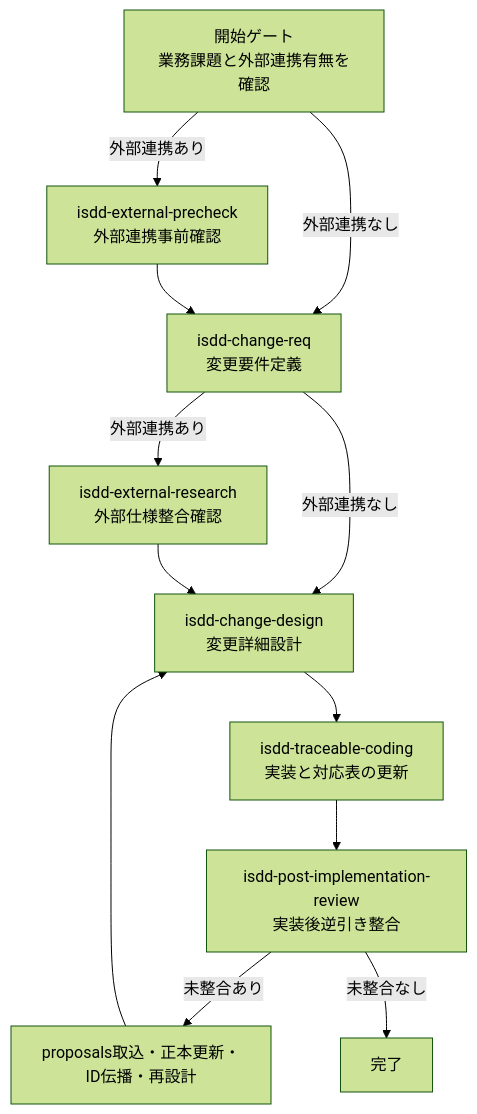
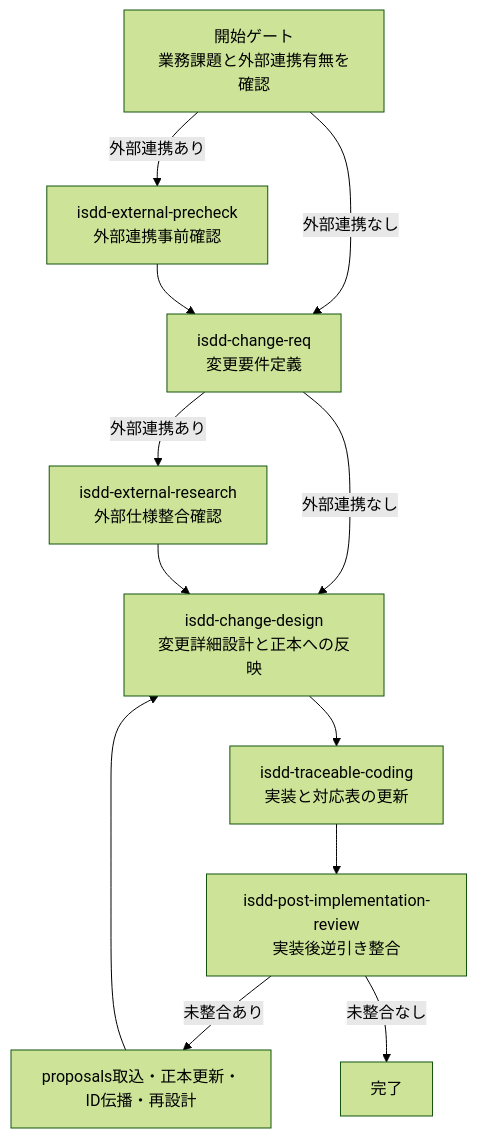
One commit to notfolder/isdd changed the second of 4 diagrams in README.md. Above: the diagram before and after it, drawn with Mermaid (forest theme). The commit also changed other lines of this file and 15 other files, not shown here.

````diff
--- a/README.md
+++ b/README.md
@@ -90,23 +92,23 @@
 ```mermaid
 graph TD
     G2[開始ゲート\n業務課題と外部連携有無を確認]
     PRE[isdd-external-precheck\n外部連携事前確認]
     CREQ[isdd-change-req\n変更要件定義]
     EX[isdd-external-research\n外部仕様整合確認]
-    CDES[isdd-change-design\n変更詳細設計]
+    CDES[isdd-change-design\n変更詳細設計と正本への反映]
     COD[isdd-traceable-coding\n実装と対応表の更新]
     PIR[isdd-post-implementation-review\n実装後逆引き整合]
     CFB[proposals取込・正本更新・ID伝播・再設計]
 
     G2 -->|外部連携あり| PRE
     G2 -->|外部連携なし| CREQ
     PRE --> CREQ
     CREQ -->|外部連携あり| EX
     CREQ -->|外部連携なし| CDES
     EX --> CDES
     CDES --> COD
     COD --> PIR
     PIR -->|未整合あり| CFB
     CFB --> CDES
     PIR -->|未整合なし| END2[完了]
 ```
````
